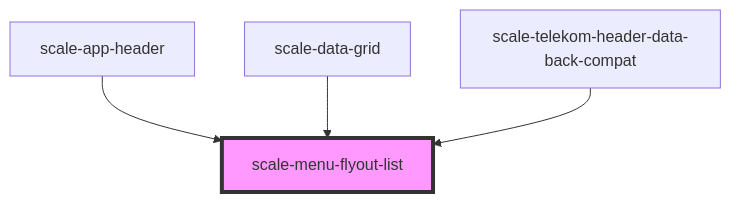
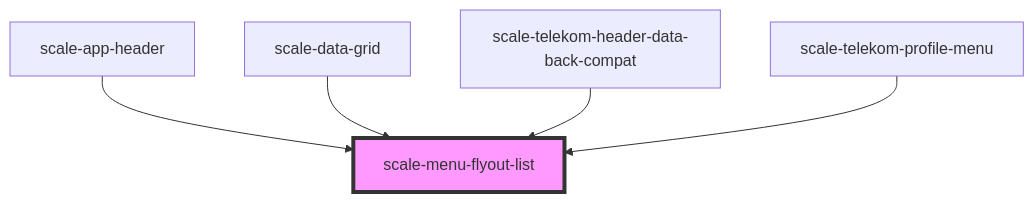
The diagram in packages/components/src/components/menu-flyout-list/readme.md (telekom/scale), drawn with Mermaid before and after one commit. The commit also changed other lines of this file and 27 other files, not shown here.

Commit message:
fix(telekom-profile-menu): stories and flyout menu fixes (#2273)

````diff
--- a/packages/components/src/components/menu-flyout-list/readme.md
+++ b/packages/components/src/components/menu-flyout-list/readme.md
@@ -80,7 +82,8 @@
 ```mermaid
 graph TD;
   scale-app-header --> scale-menu-flyout-list
   scale-data-grid --> scale-menu-flyout-list
   scale-telekom-header-data-back-compat --> scale-menu-flyout-list
+  scale-telekom-profile-menu --> scale-menu-flyout-list
   style scale-menu-flyout-list fill:#f9f,stroke:#333,stroke-width:4px
 ```
````
